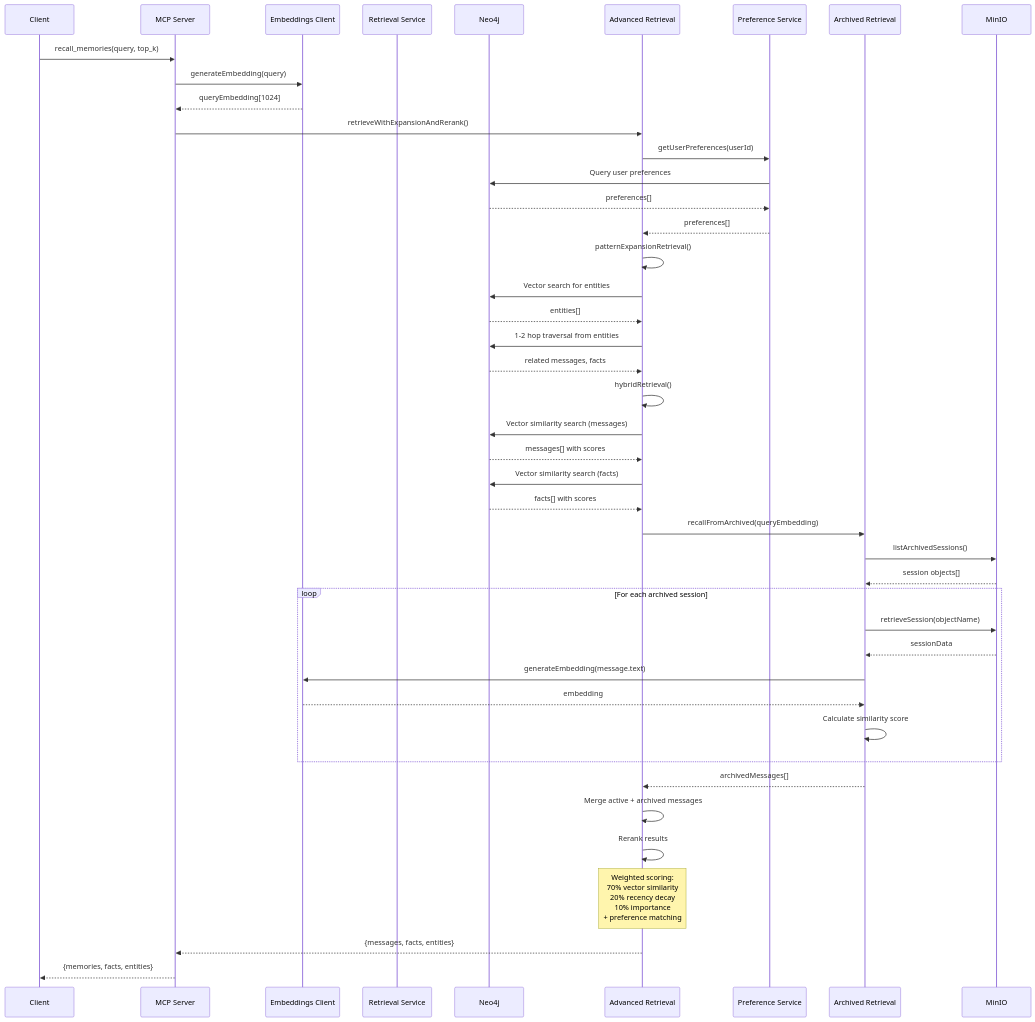
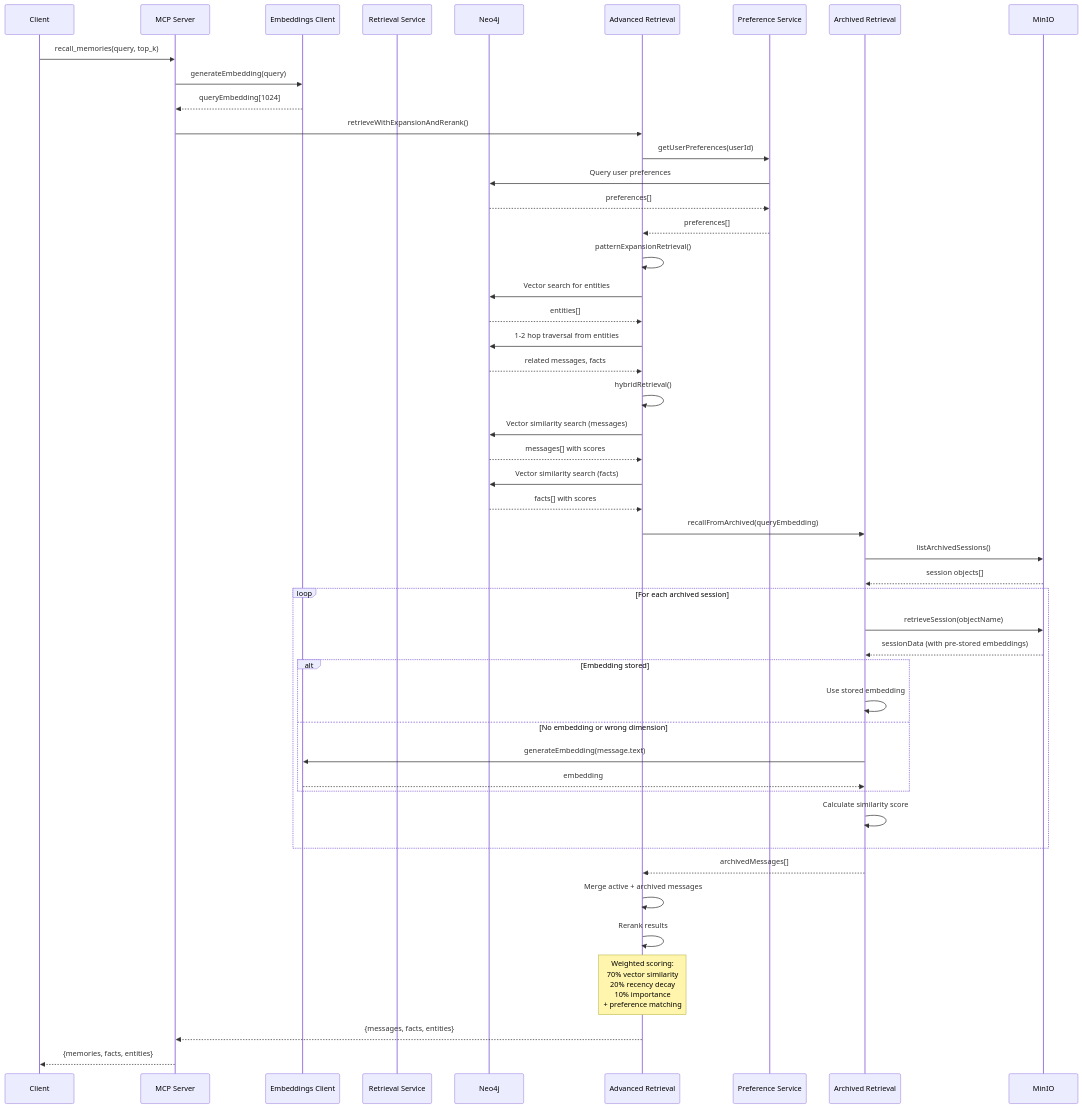
One commit to gary-alway/cognia-agent-memory changed the diagram in docs/sequences-recall-memories.md. Above: the diagram before and after it, drawn with Mermaid. The commit also changed 6 other files, not shown here.

````diff
--- a/docs/sequences-recall-memories.md
+++ b/docs/sequences-recall-memories.md
@@ -5,54 +5,58 @@
 ```mermaid
 sequenceDiagram
     participant Client
     participant MCPServer as MCP Server
     participant EmbeddingsClient as Embeddings Client
     participant RetrievalService as Retrieval Service
     participant Neo4j
     participant AdvancedRetrieval as Advanced Retrieval
     participant PreferenceService as Preference Service
     participant ArchivedRetrieval as Archived Retrieval
     participant MinIO
 
     Client->>MCPServer: recall_memories(query, top_k)
     MCPServer->>EmbeddingsClient: generateEmbedding(query)
     EmbeddingsClient-->>MCPServer: queryEmbedding[1024]
     
     MCPServer->>AdvancedRetrieval: retrieveWithExpansionAndRerank()
     
     AdvancedRetrieval->>PreferenceService: getUserPreferences(userId)
     PreferenceService->>Neo4j: Query user preferences
     Neo4j-->>PreferenceService: preferences[]
     PreferenceService-->>AdvancedRetrieval: preferences[]
     
     AdvancedRetrieval->>AdvancedRetrieval: patternExpansionRetrieval()
     AdvancedRetrieval->>Neo4j: Vector search for entities
     Neo4j-->>AdvancedRetrieval: entities[]
     AdvancedRetrieval->>Neo4j: 1-2 hop traversal from entities
     Neo4j-->>AdvancedRetrieval: related messages, facts
     
     AdvancedRetrieval->>AdvancedRetrieval: hybridRetrieval()
     AdvancedRetrieval->>Neo4j: Vector similarity search (messages)
     Neo4j-->>AdvancedRetrieval: messages[] with scores
     AdvancedRetrieval->>Neo4j: Vector similarity search (facts)
     Neo4j-->>AdvancedRetrieval: facts[] with scores
     
     AdvancedRetrieval->>ArchivedRetrieval: recallFromArchived(queryEmbedding)
     ArchivedRetrieval->>MinIO: listArchivedSessions()
     MinIO-->>ArchivedRetrieval: session objects[]
     loop For each archived session
         ArchivedRetrieval->>MinIO: retrieveSession(objectName)
-        MinIO-->>ArchivedRetrieval: sessionData
-        ArchivedRetrieval->>EmbeddingsClient: generateEmbedding(message.text)
-        EmbeddingsClient-->>ArchivedRetrieval: embedding
+        MinIO-->>ArchivedRetrieval: sessionData (with pre-stored embeddings)
+        alt Embedding stored
+            ArchivedRetrieval->>ArchivedRetrieval: Use stored embedding
+        else No embedding or wrong dimension
+            ArchivedRetrieval->>EmbeddingsClient: generateEmbedding(message.text)
+            EmbeddingsClient-->>ArchivedRetrieval: embedding
+        end
         ArchivedRetrieval->>ArchivedRetrieval: Calculate similarity score
     end
     ArchivedRetrieval-->>AdvancedRetrieval: archivedMessages[]
     
     AdvancedRetrieval->>AdvancedRetrieval: Merge active + archived messages
     AdvancedRetrieval->>AdvancedRetrieval: Rerank results
     Note over AdvancedRetrieval: Weighted scoring:<br/>70% vector similarity<br/>20% recency decay<br/>10% importance<br/>+ preference matching
     
     AdvancedRetrieval-->>MCPServer: {messages, facts, entities}
     MCPServer-->>Client: {memories, facts, entities}
 ```
````
